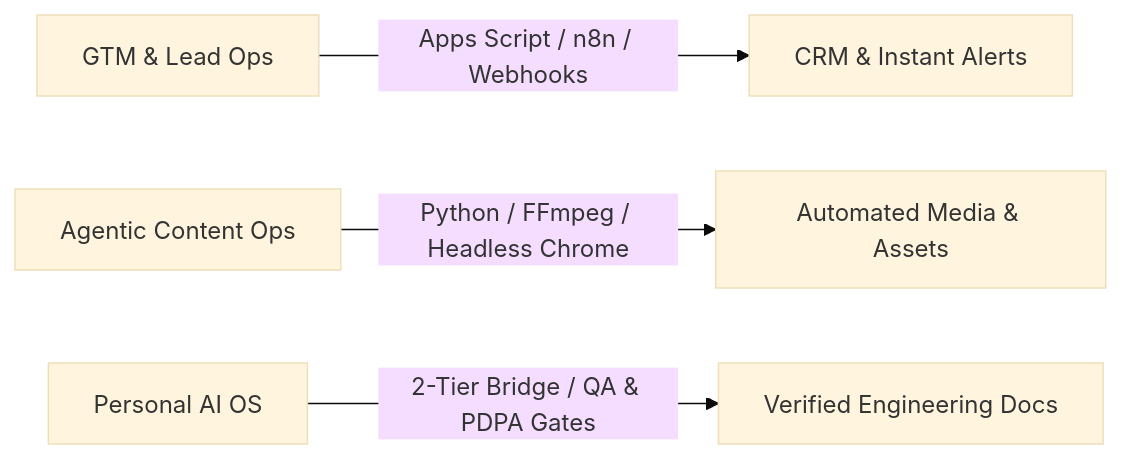
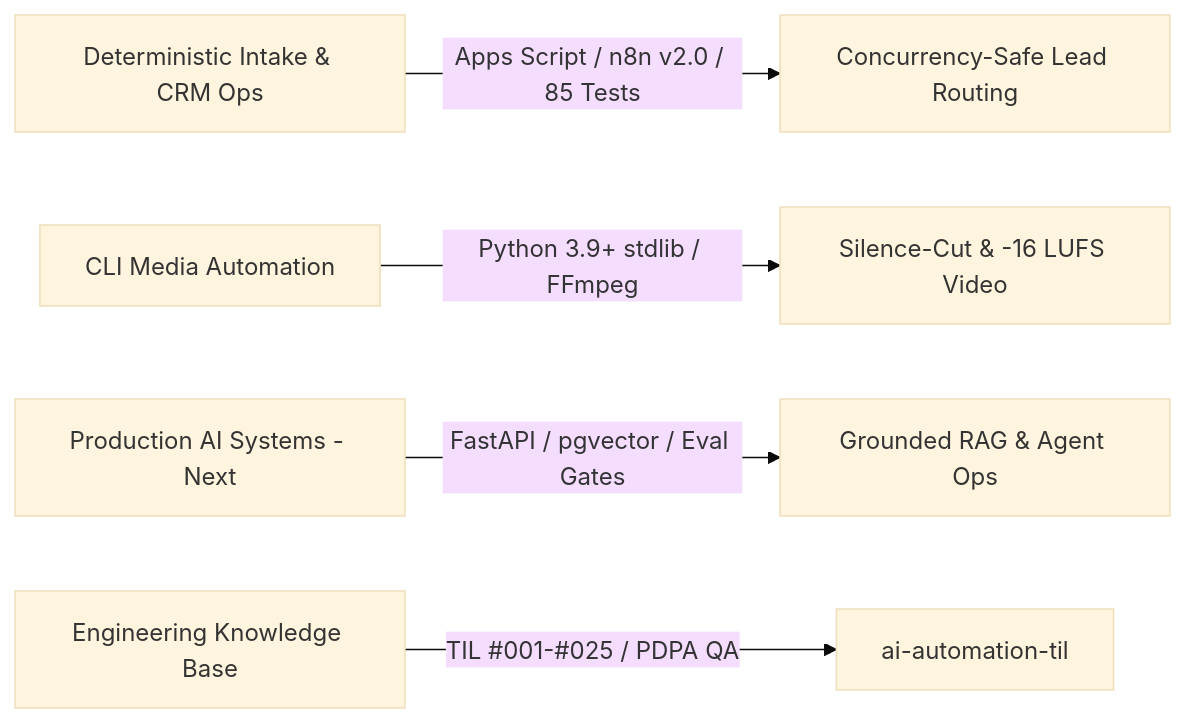
The diagram in README.md (ApecSinlapachai/ApecSinlapachai), drawn with Mermaid (base theme) before and after one commit. The commit also changed other lines of this file, not shown here.

Commit message:
docs: Sprint 0 GitHub Profile README rebrand (All-In AI & AI Automation Engineer, TIL #001-#025)

````diff
--- a/README.md
+++ b/README.md
@@ -26,6 +41,7 @@
 ```mermaid
 flowchart LR
-    A[GTM & Lead Ops] -->|Apps Script / n8n / Webhooks| B[CRM & Instant Alerts]
-    C[Agentic Content Ops] -->|Python / FFmpeg / Headless Chrome| D[Automated Media & Assets]
-    E[Personal AI OS] -->|2-Tier Bridge / QA & PDPA Gates| F[Verified Engineering Docs]
+    A[Deterministic Intake & CRM Ops] -->|Apps Script / n8n v2.0 / 85 Tests| B[Concurrency-Safe Lead Routing]
+    C[CLI Media Automation] -->|Python 3.9+ stdlib / FFmpeg| D[Silence-Cut & -16 LUFS Video]
+    E[Production AI Systems - Next] -->|FastAPI / pgvector / Eval Gates| F[Grounded RAG & Agent Ops]
+    G[Engineering Knowledge Base] -->|TIL #001-#025 / PDPA QA| H[ai-automation-til]
 ```
````
